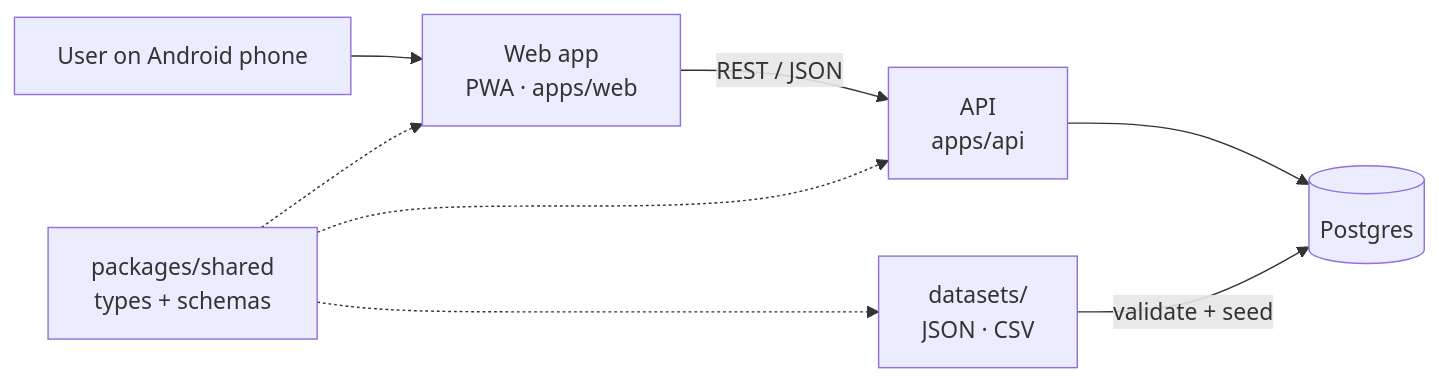
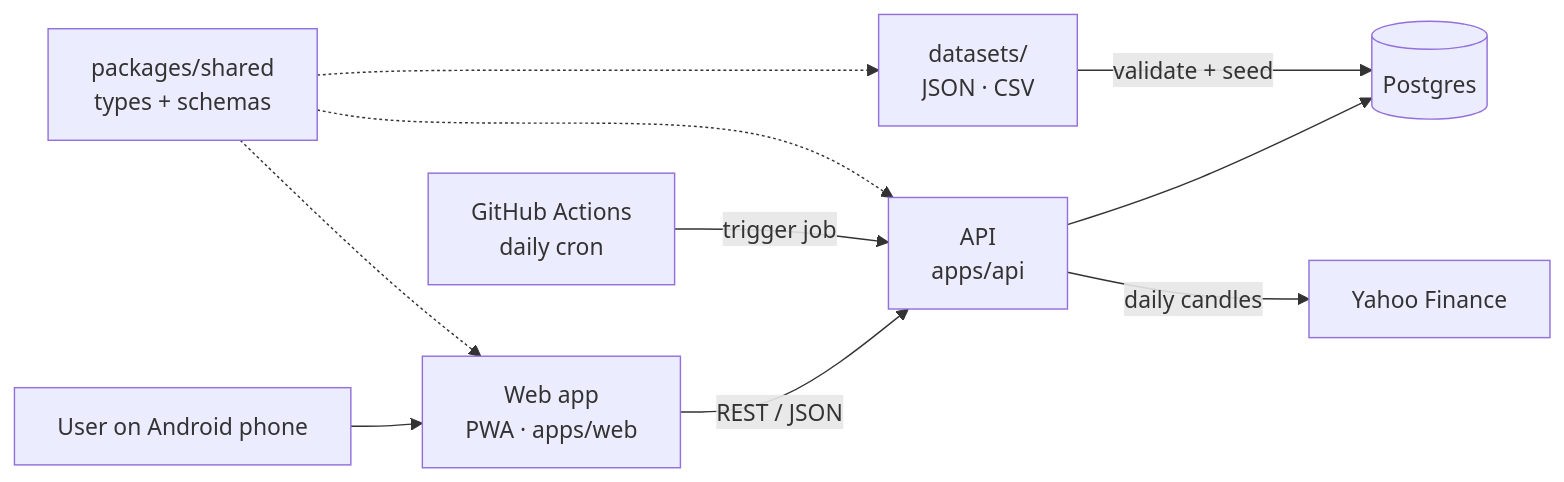
The diagram in README.md (ash-1202/daily-loop), drawn with Mermaid before and after one commit. The commit also changed other lines of this file and 1 other file, not shown here.

Commit message:
Add daily challenge generation design with Yahoo Finance chart cards

````diff
--- a/README.md
+++ b/README.md
@@ -53,10 +53,12 @@
 ```mermaid
 flowchart LR
     U[User on Android phone] --> W[Web app<br/>PWA · apps/web]
     W -- REST / JSON --> A[API<br/>apps/api]
     A --> D[(Postgres)]
     S[datasets/<br/>JSON · CSV] -- validate + seed --> D
+    G[GitHub Actions<br/>daily cron] -- trigger job --> A
+    A -- daily candles --> Y[Yahoo Finance]
     P[packages/shared<br/>types + schemas] -.-> W
     P -.-> A
     P -.-> S
 ```
````
